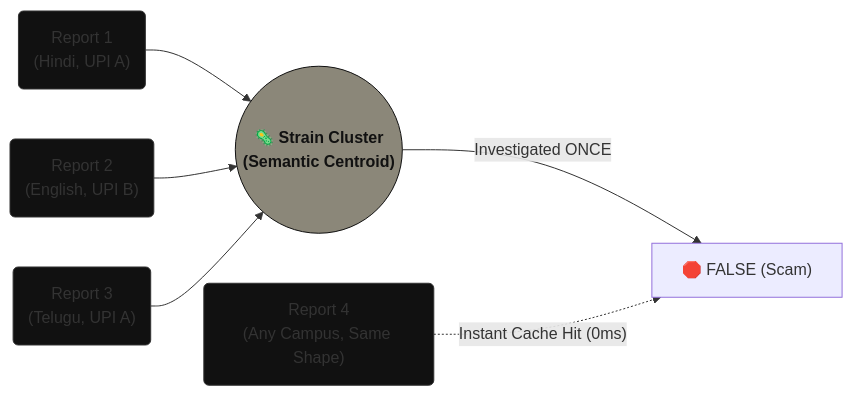
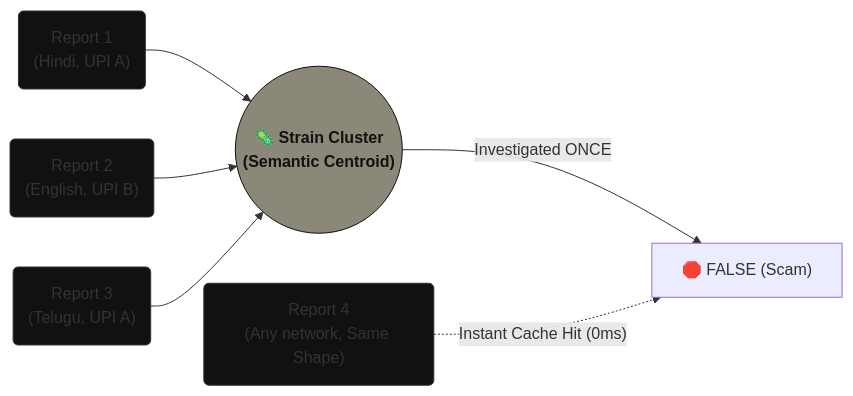
The third of 3 diagrams in README.md (thirumani-vihaan/herd), drawn with Mermaid before and after one commit. The commit also changed other lines of this file and 5 other files, not shown here.

````diff
--- a/README.md
+++ b/README.md
@@ -109,14 +109,14 @@
 ```mermaid
 graph LR
     classDef report fill:#111,stroke:#333;
     classDef strain fill:#8B8779,stroke:#111,color:#111,font-weight:bold;
     
     R1("Report 1<br/>(Hindi, UPI A)"):::report --> S1
     R2("Report 2<br/>(English, UPI B)"):::report --> S1
     R3("Report 3<br/>(Telugu, UPI A)"):::report --> S1
     
     S1(("🦠 Strain Cluster<br/>(Semantic Centroid)")):::strain
     S1 -->|Investigated ONCE| Verdict["🛑 FALSE (Scam)"]
     
-    R4("Report 4<br/>(Any Campus, Same Shape)"):::report -. "Instant Cache Hit (0ms)" .-> Verdict
+    R4("Report 4<br/>(Any network, Same Shape)"):::report -. "Instant Cache Hit (0ms)" .-> Verdict
 ```
````
